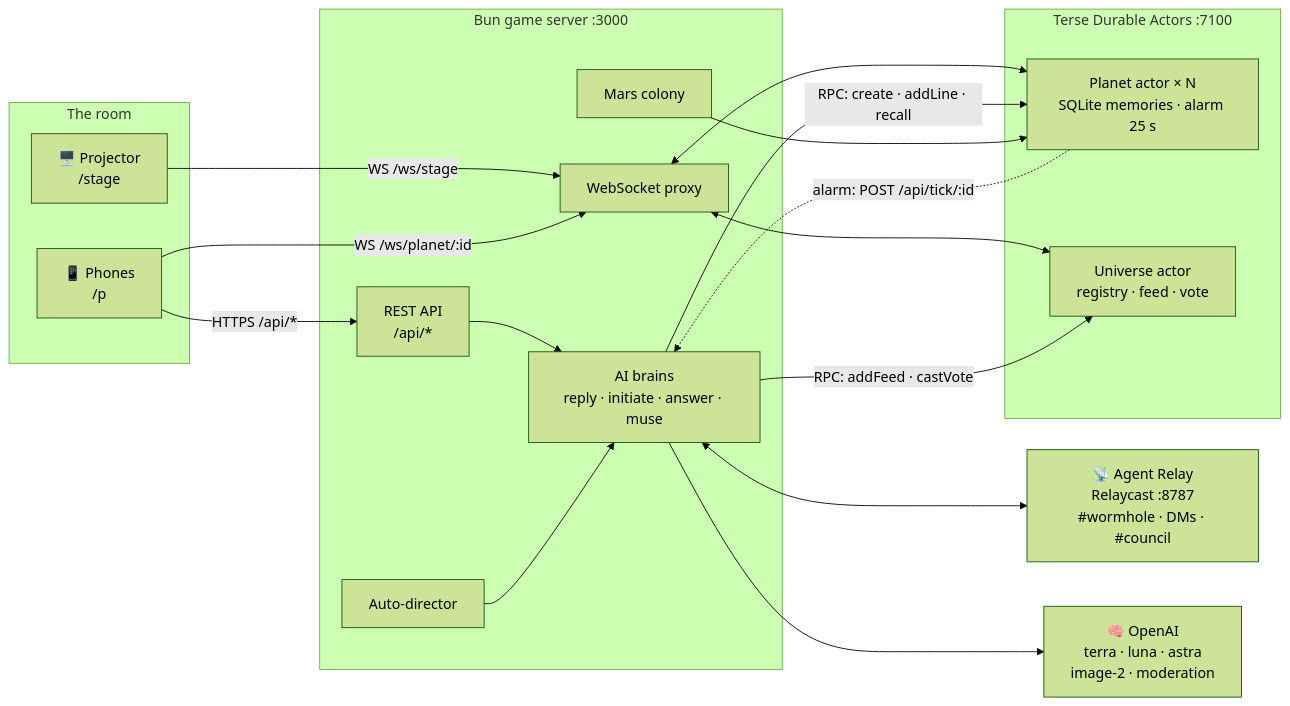
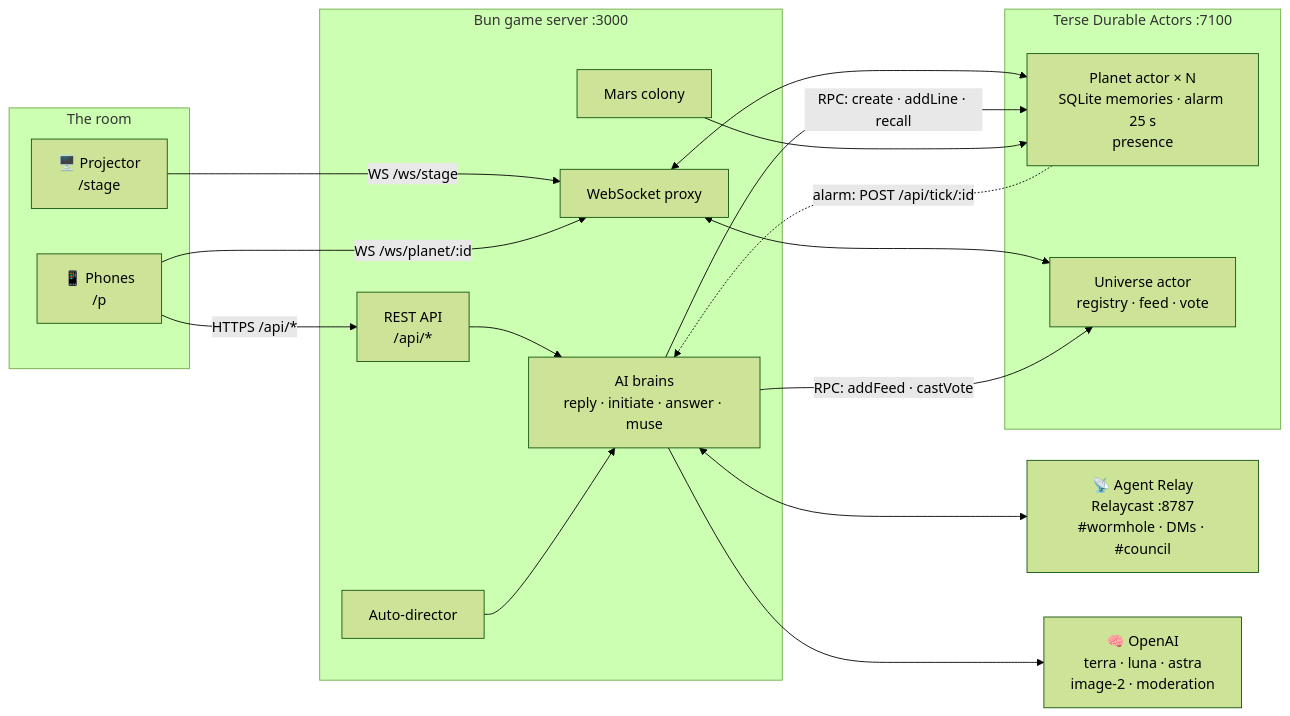
One commit to vnmoorthy/aftermath changed the first of 2 diagrams in README.md. Above: the diagram before and after it, drawn with Mermaid (forest theme). The commit also changed other lines of this file and 122 other files, not shown here.

````diff
--- a/README.md
+++ b/README.md
@@ -139,34 +212,34 @@
 ```mermaid
 flowchart LR
     subgraph Room["The room"]
         P["📱 Phones<br/>/p"]
         S["🖥️ Projector<br/>/stage"]
     end
     subgraph Server["Bun game server :3000"]
         API["REST API<br/>/api/*"]
         BR["AI brains<br/>reply · initiate · answer · muse"]
         DIR["Auto-director"]
         MARS["Mars colony"]
         PX["WebSocket proxy"]
     end
     subgraph Actors["Terse Durable Actors :7100"]
-        PL["Planet actor × N<br/>SQLite memories · alarm 25 s"]
+        PL["Planet actor × N<br/>SQLite memories · alarm 25 s<br/>presence"]
         UN["Universe actor<br/>registry · feed · vote"]
     end
     RL["📡 Agent Relay<br/>Relaycast :8787<br/>#wormhole · DMs · #council"]
     OA["🧠 OpenAI<br/>terra · luna · astra<br/>image-2 · moderation"]
 
     P -->|"HTTPS /api/*"| API
     S -->|"WS /ws/stage"| PX
     P -->|"WS /ws/planet/:id"| PX
     PX <--> PL
     PX <--> UN
     API --> BR
     BR -->|"RPC: create · addLine · recall"| PL
     BR -->|"RPC: addFeed · castVote"| UN
     PL -.->|"alarm: POST /api/tick/:id"| BR
     BR <--> RL
     BR --> OA
     DIR --> BR
     MARS --> PL
 ```
````
